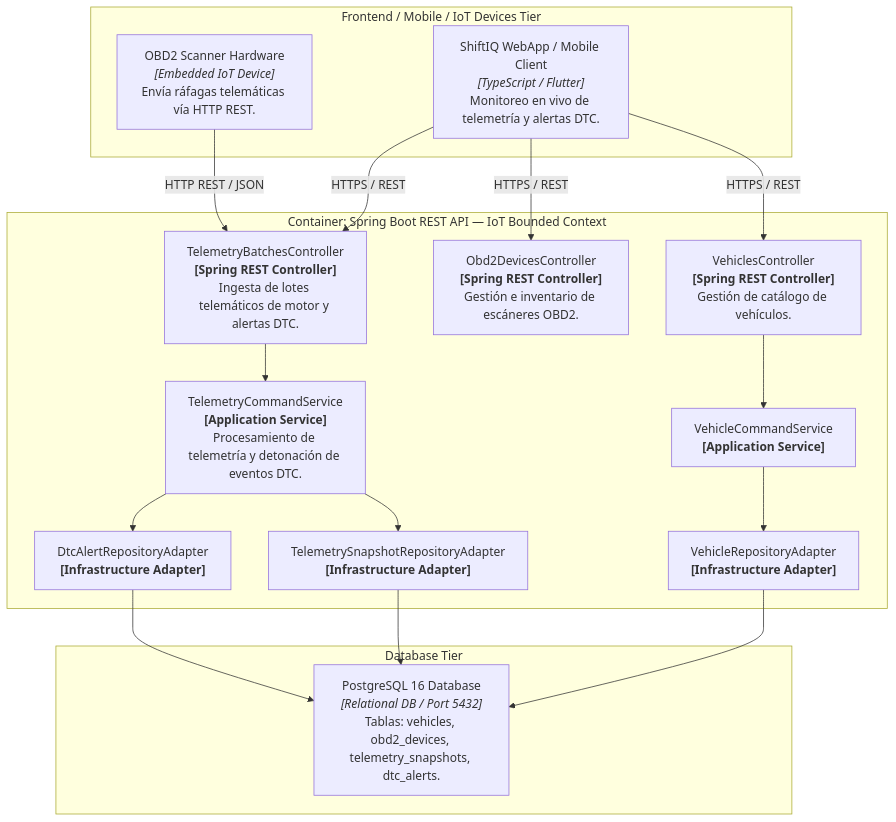
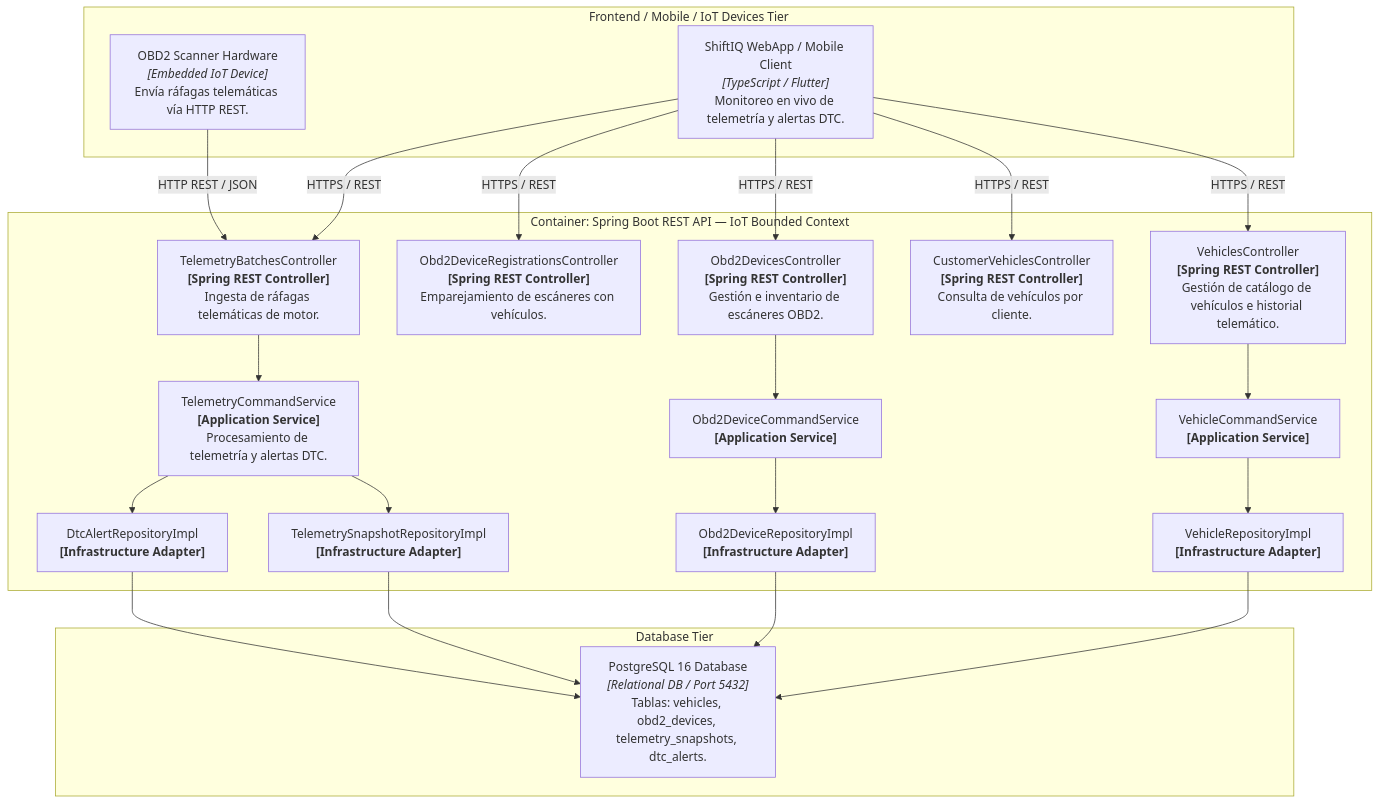
Before and after one commit to tux-logic/shiftiq-platform: the fifth of 7 diagrams in docs/iot-bounded-context-dictionary.md, drawn with Mermaid. The commit also changed other lines of this file, not shown here.

Commit message:
docs(iot): update architecture dictionary with 100% accurate repository methods and controller endpoints.

````diff
--- a/docs/iot-bounded-context-dictionary.md
+++ b/docs/iot-bounded-context-dictionary.md
@@ -481,40 +583,49 @@
 ```mermaid
 graph TB
     subgraph Client_Tier ["Frontend / Mobile / IoT Devices Tier"]
         Obd2Hardware["OBD2 Scanner Hardware<br><i>[Embedded IoT Device]</i><br>Envía ráfagas telemáticas vía HTTP REST."]
         ClientApp["ShiftIQ WebApp / Mobile Client<br><i>[TypeScript / Flutter]</i><br>Monitoreo en vivo de telemetría y alertas DTC."]
     end
 
     subgraph External_DB ["Database Tier"]
         PostgreSql["PostgreSQL 16 Database<br><i>[Relational DB / Port 5432]</i><br>Tablas: vehicles, obd2_devices, telemetry_snapshots, dtc_alerts."]
     end
 
     subgraph IoT_Container ["Container: Spring Boot REST API — IoT Bounded Context"]
-        VehiclesCtrl["VehiclesController<br><b>[Spring REST Controller]</b><br>Gestión de catálogo de vehículos."]
+        VehiclesCtrl["VehiclesController<br><b>[Spring REST Controller]</b><br>Gestión de catálogo de vehículos e historial telemático."]
+        CustVehCtrl["CustomerVehiclesController<br><b>[Spring REST Controller]</b><br>Consulta de vehículos por cliente."]
         Obd2DevicesCtrl["Obd2DevicesController<br><b>[Spring REST Controller]</b><br>Gestión e inventario de escáneres OBD2."]
-        TelemetryCtrl["TelemetryBatchesController<br><b>[Spring REST Controller]</b><br>Ingesta de lotes telemáticos de motor y alertas DTC."]
+        Obd2RegCtrl["Obd2DeviceRegistrationsController<br><b>[Spring REST Controller]</b><br>Emparejamiento de escáneres con vehículos."]
+        TelemetryCtrl["TelemetryBatchesController<br><b>[Spring REST Controller]</b><br>Ingesta de ráfagas telemáticas de motor."]
 
         VehicleCmdService["VehicleCommandService<br><b>[Application Service]</b>"]
-        TelemetryCmdService["TelemetryCommandService<br><b>[Application Service]</b><br>Procesamiento de telemetría y detonación de eventos DTC."]
+        TelemetryCmdService["TelemetryCommandService<br><b>[Application Service]</b><br>Procesamiento de telemetría y alertas DTC."]
+        Obd2DeviceCmdService["Obd2DeviceCommandService<br><b>[Application Service]</b>"]
 
-        VehicleRepoAdapter["VehicleRepositoryAdapter<br><b>[Infrastructure Adapter]</b>"]
-        TelemetryRepoAdapter["TelemetrySnapshotRepositoryAdapter<br><b>[Infrastructure Adapter]</b>"]
-        DtcRepoAdapter["DtcAlertRepositoryAdapter<br><b>[Infrastructure Adapter]</b>"]
+        VehicleRepoAdapter["VehicleRepositoryImpl<br><b>[Infrastructure Adapter]</b>"]
+        TelemetryRepoAdapter["TelemetrySnapshotRepositoryImpl<br><b>[Infrastructure Adapter]</b>"]
+        DtcRepoAdapter["DtcAlertRepositoryImpl<br><b>[Infrastructure Adapter]</b>"]
+        Obd2RepoAdapter["Obd2DeviceRepositoryImpl<br><b>[Infrastructure Adapter]</b>"]
     end
 
     Obd2Hardware -->|"HTTP REST / JSON"| TelemetryCtrl
     ClientApp -->|"HTTPS / REST"| VehiclesCtrl
+    ClientApp -->|"HTTPS / REST"| CustVehCtrl
     ClientApp -->|"HTTPS / REST"| Obd2DevicesCtrl
+    ClientApp -->|"HTTPS / REST"| Obd2RegCtrl
     ClientApp -->|"HTTPS / REST"| TelemetryCtrl
 
     VehiclesCtrl --> VehicleCmdService
+    Obd2DevicesCtrl --> Obd2DeviceCmdService
     TelemetryCtrl --> TelemetryCmdService
 
     VehicleCmdService --> VehicleRepoAdapter
+    Obd2DeviceCmdService --> Obd2RepoAdapter
     TelemetryCmdService --> TelemetryRepoAdapter
     TelemetryCmdService --> DtcRepoAdapter
 
     VehicleRepoAdapter --> PostgreSql
     TelemetryRepoAdapter --> PostgreSql
     DtcRepoAdapter --> PostgreSql
+    Obd2RepoAdapter --> PostgreSql
 ```
````
